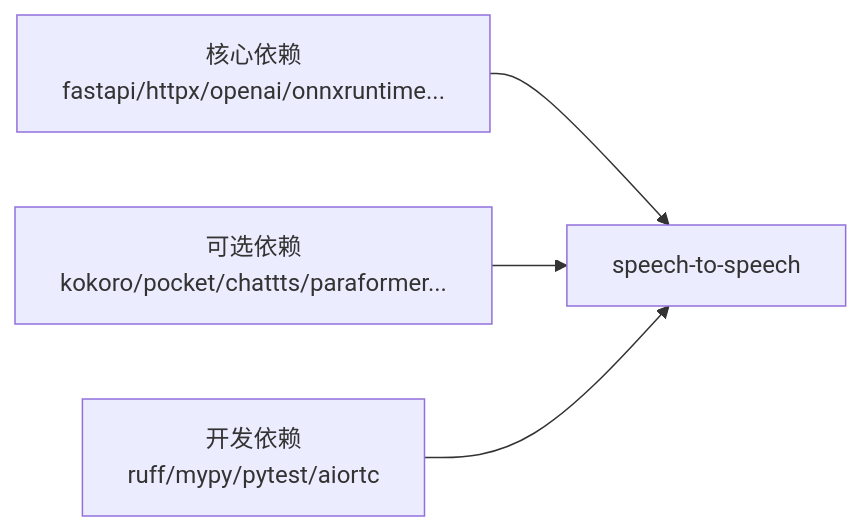
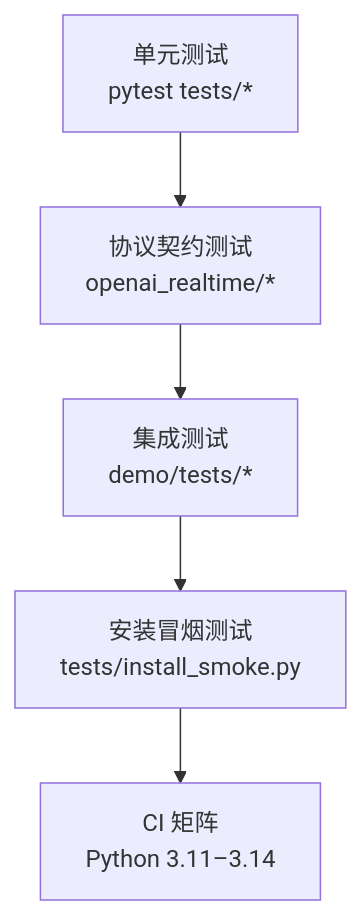
The eighth of 9 diagrams in .qoder/repowiki/zh/content/开发者指南.md (joezxh/speech-to-speech), drawn with Mermaid before and after one commit. The commit also changed other lines of this file and 202 other files, not shown here.

````diff
--- a/.qoder/repowiki/zh/content/开发者指南.md
+++ b/.qoder/repowiki/zh/content/开发者指南.md
@@ -288,6 +323,7 @@
 ```mermaid
-graph LR
-Core["核心依赖<br/>fastapi/httpx/openai/onnxruntime..."] --> App["speech-to-speech"]
-Extras["可选依赖<br/>kokoro/pocket/chattts/paraformer..."] --> App
-Dev["开发依赖<br/>ruff/mypy/pytest/aiortc"] --> App
+flowchart TD
+Unit["单元测试<br/>pytest tests/*"] --> Contract["协议契约测试<br/>openai_realtime/*"]
+Contract --> Integration["集成测试<br/>demo/tests/*"]
+Integration --> Smoke["安装冒烟测试<br/>tests/install_smoke.py"]
+Smoke --> CI["CI 矩阵<br/>Python 3.11–3.14"]
 ```
````
